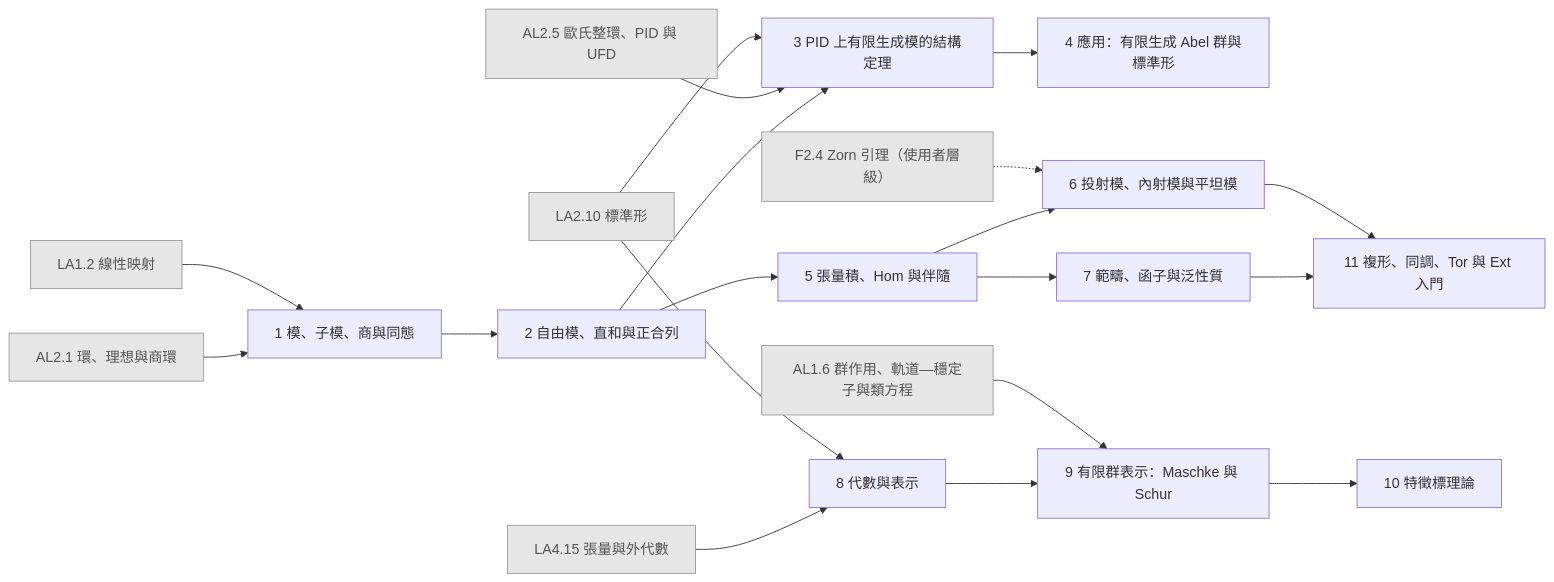
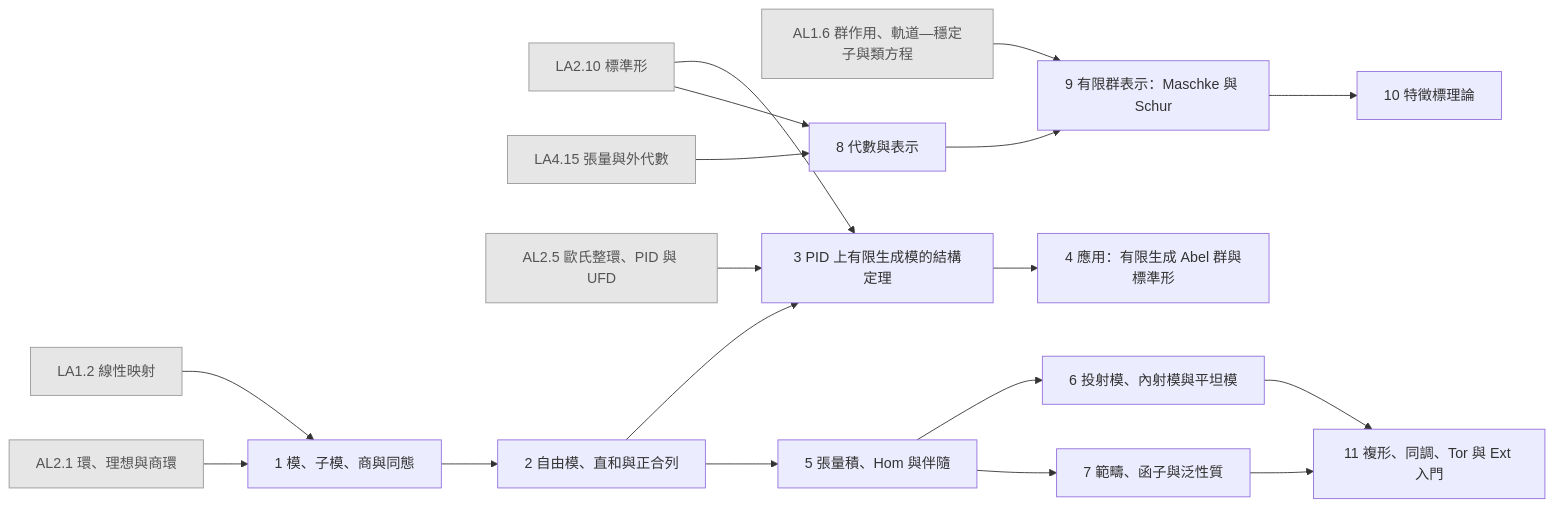
One commit to AkizumiFox/math-atlas changed the diagram in generated/chapters/AL4.mmd. Above: the diagram before and after it, drawn with Mermaid. The commit also changed 17 other files, not shown here.

```diff
--- a/generated/chapters/AL4.mmd
+++ b/generated/chapters/AL4.mmd
@@ -1,40 +1,38 @@
 flowchart LR
-  F2_4["F2.4 Zorn 引理（使用者層級）"]:::ext
   LA1_2["LA1.2 線性映射"]:::ext
   LA2_10["LA2.10 標準形"]:::ext
   LA4_15["LA4.15 張量與外代數"]:::ext
   AL1_6["AL1.6 群作用、軌道—穩定子與類方程"]:::ext
   AL2_1["AL2.1 環、理想與商環"]:::ext
   AL2_5["AL2.5 歐氏整環、PID 與 UFD"]:::ext
   AL4_1["1 模、子模、商與同態"]
   AL4_2["2 自由模、直和與正合列"]
   AL4_3["3 PID 上有限生成模的結構定理"]
   AL4_4["4 應用：有限生成 Abel 群與標準形"]
   AL4_5["5 張量積、Hom 與伴隨"]
   AL4_6["6 投射模、內射模與平坦模"]
   AL4_7["7 範疇、函子與泛性質"]
   AL4_8["8 代數與表示"]
   AL4_9["9 有限群表示：Maschke 與 Schur"]
   AL4_10["10 特徵標理論"]
   AL4_11["11 複形、同調、Tor 與 Ext 入門"]
   LA1_2 --> AL4_1
   AL2_1 --> AL4_1
   AL4_1 --> AL4_2
   LA2_10 --> AL4_3
   AL2_5 --> AL4_3
   AL4_2 --> AL4_3
   AL4_3 --> AL4_4
   AL4_2 --> AL4_5
-  F2_4 -.-> AL4_6
   AL4_5 --> AL4_6
   AL4_5 --> AL4_7
   LA2_10 --> AL4_8
   LA4_15 --> AL4_8
   AL1_6 --> AL4_9
   AL4_8 --> AL4_9
   AL4_9 --> AL4_10
   AL4_6 --> AL4_11
   AL4_7 --> AL4_11
   classDef ext fill:#e6e6e6,stroke:#999,color:#555
   classDef opt fill:#fff,stroke:#999,stroke-dasharray:4 3,color:#555
   classDef segb fill:#f6f6fb,stroke:#99a,color:#333
```
